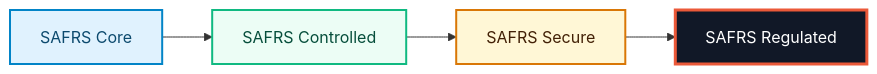
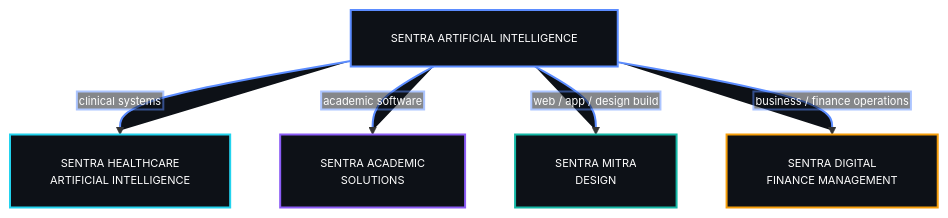
The seventh of 7 diagrams in README.md (drferdii/Monorepo-safrs), drawn with Mermaid before and after one commit. The commit also changed other lines of this file, not shown here.

````diff
--- a/README.md
+++ b/README.md
@@ -719,19 +983,30 @@
 ```mermaid
-flowchart LR
-    Core["SAFRS Core"]
-    Controlled["SAFRS Controlled"]
-    Secure["SAFRS Secure"]
-    Regulated["SAFRS Regulated"]
+%%{init: {"flowchart": {"htmlLabels": false, "padding": 20}, "themeVariables": {"fontFamily": "monospace", "fontSize": "11px"}}}%%
+flowchart TB
+  SAI["SENTRA ARTIFICIAL INTELLIGENCE"]
+  SHAI["SENTRA HEALTHCARE
+ARTIFICIAL INTELLIGENCE"]
+  SAS["SENTRA ACADEMIC
+SOLUTIONS"]
+  SMD["SENTRA MITRA
+DESIGN"]
+  SDFM["SENTRA DIGITAL
+FINANCE MANAGEMENT"]
 
-    Core --> Controlled --> Secure --> Regulated
+  SAI -->|clinical systems| SHAI
+  SAI -->|academic software| SAS
+  SAI -->|web / app / design build| SMD
+  SAI -->|business / finance operations| SDFM
 
-    classDef core fill:#E0F2FE,stroke:#0284C7,color:#0C4A6E,stroke-width:2px;
-    classDef controlled fill:#ECFDF5,stroke:#10B981,color:#064E3B,stroke-width:2px;
-    classDef secure fill:#FFF7D6,stroke:#D97706,color:#422006,stroke-width:2px;
-    classDef regulated fill:#111827,stroke:#EB5939,color:#FFFFFF,stroke-width:3px;
+  classDef root fill:#0D1117,stroke:#5B8CFF,color:#ffffff,stroke-width:2px;
+  classDef healthcare fill:#0D1117,stroke:#22D3EE,color:#ffffff,stroke-width:2px;
+  classDef academic fill:#0D1117,stroke:#8B5CF6,color:#ffffff,stroke-width:2px;
+  classDef design fill:#0D1117,stroke:#14B8A6,color:#ffffff,stroke-width:2px;
+  classDef finance fill:#0D1117,stroke:#F59E0B,color:#ffffff,stroke-width:2px;
 
-    class Core core;
-    class Controlled controlled;
-    class Secure secure;
-    class Regulated regulated;
+  class SAI root;
+  class SHAI healthcare;
+  class SAS academic;
+  class SMD design;
+  class SDFM finance;
 ```
````
